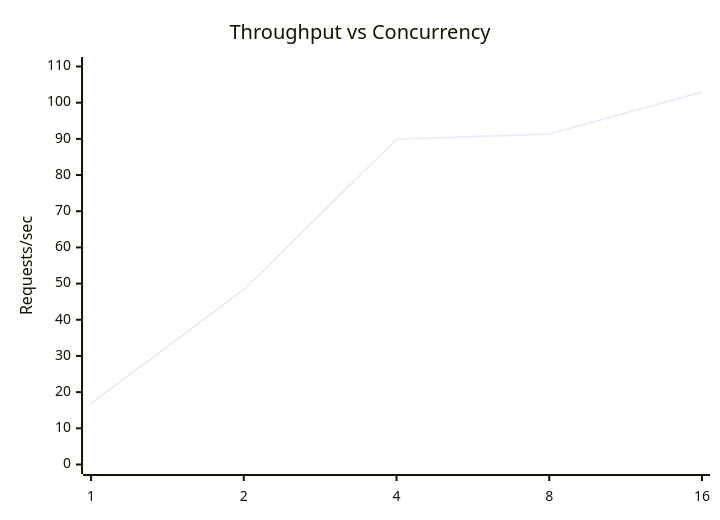
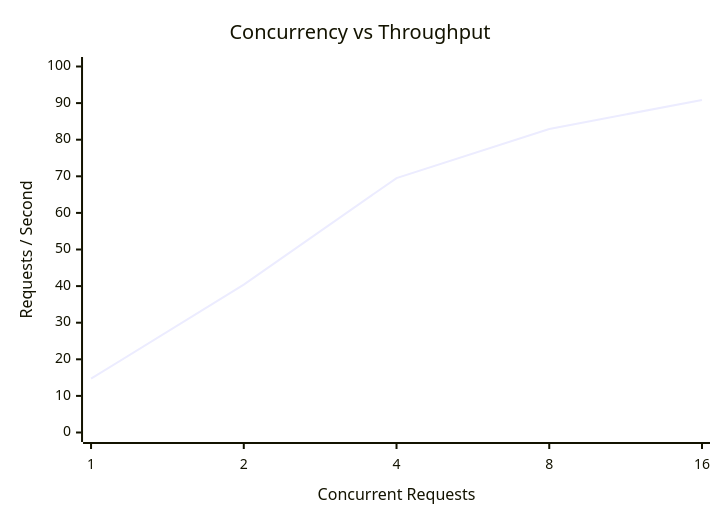
The third of 4 diagrams in README.md (chaitanya-m5/CC-hospital-microservices), drawn with Mermaid before and after one commit. The commit also changed other lines of this file, not shown here.

````diff
--- a/README.md
+++ b/README.md
@@ -117,7 +194,7 @@
 ```mermaid
 xychart-beta
-    title "Throughput vs Concurrency"
-    x-axis [1, 2, 4, 8, 16]
-    y-axis "Requests/sec" 0 --> 110
-    line [16.88, 48.32, 89.89, 91.33, 102.94]
+    title "Concurrency vs Throughput"
+    x-axis "Concurrent Requests" [1, 2, 4, 8, 16]
+    y-axis "Requests / Second" 0 --> 100
+    line [14.71, 40.42, 69.52, 82.93, 90.86]
 ```
````
